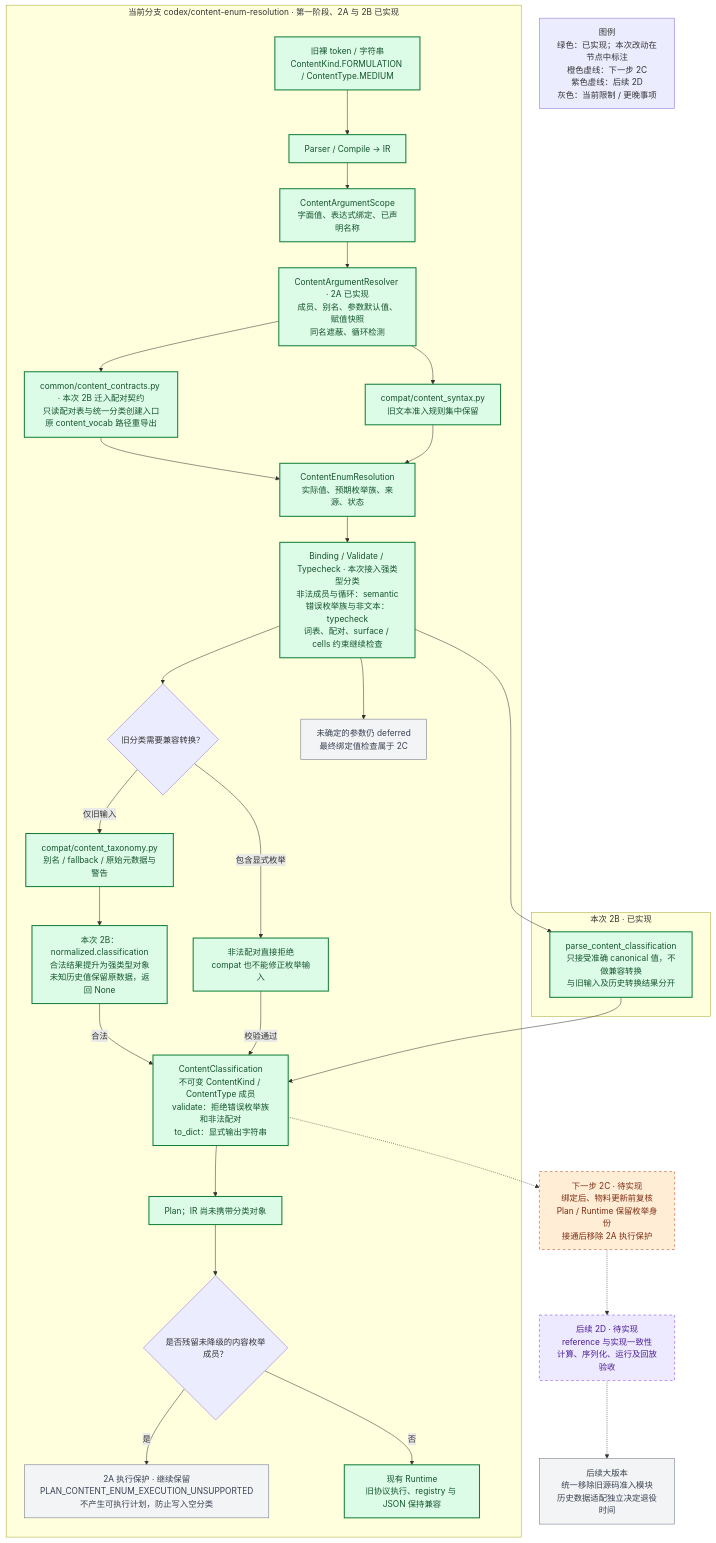
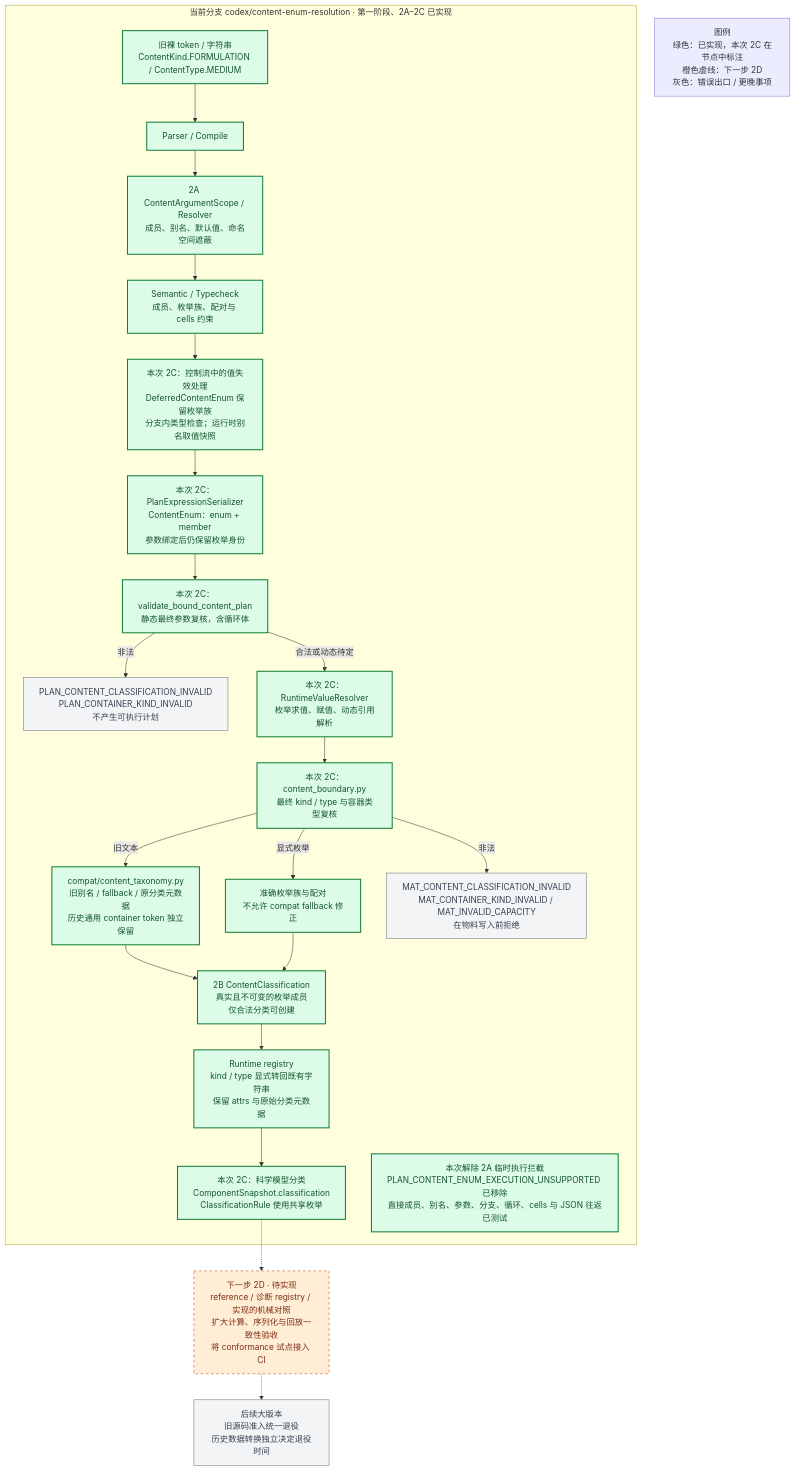
The first of 3 diagrams in docs/architecture/pipeline/validate_module_diagrams.md (culsma/culsma), drawn with Mermaid before and after one commit. The commit also changed other lines of this file and 22 other files, not shown here.

Commit message:
feat: execute content enums with bound classification checks

````diff
--- a/docs/architecture/pipeline/validate_module_diagrams.md
+++ b/docs/architecture/pipeline/validate_module_diagrams.md
@@ -5,44 +5,31 @@
 ```mermaid
 flowchart TB
-    subgraph Current["当前分支 codex/content-enum-resolution · 第一阶段、2A 与 2B 已实现"]
-        Source["旧裸 token / 字符串<br/>ContentKind.FORMULATION / ContentType.MEDIUM"] --> Compile["Parser / Compile → IR"]
-        Compile --> Scope["ContentArgumentScope<br/>字面值、表达式绑定、已声明名称"]
-        Scope --> Resolver["ContentArgumentResolver · 2A 已实现<br/>成员、别名、参数默认值、赋值快照<br/>同名遮蔽、循环检测"]
-        Resolver --> Shared["common/content_contracts.py · 本次 2B 迁入配对契约<br/>只读配对表与统一分类创建入口<br/>原 content_vocab 路径重导出"]
-        Resolver --> Legacy["compat/content_syntax.py<br/>旧文本准入规则集中保留"]
-        Shared --> Result["ContentEnumResolution<br/>实际值、预期枚举族、来源、状态"]
-        Legacy --> Result
-        Result --> Check["Binding / Validate / Typecheck · 本次接入强类型分类<br/>非法成员与循环：semantic<br/>错误枚举族与非文本：typecheck<br/>词表、配对、surface / cells 约束继续检查"]
-        Check --> Pair{"旧分类需要兼容转换？"}
-        Pair -->|仅旧输入| Normalize["compat/content_taxonomy.py<br/>别名 / fallback / 原始元数据与警告"]
-        Pair -->|包含显式枚举| Exact["非法配对直接拒绝<br/>compat 也不能修正枚举输入"]
-        Normalize --> Promotion["本次 2B：normalized.classification<br/>合法结果提升为强类型对象<br/>未知历史值保留原数据，返回 None"]
-        Promotion -->|合法| Classification
-        Exact -->|校验通过| Classification
-        Classification --> Plan["Plan；IR 尚未携带分类对象"]
-        Plan --> Guard{"是否残留未降级的内容枚举成员？"}
-        Guard -->|是| Stop["2A 执行保护 · 继续保留<br/>PLAN_CONTENT_ENUM_EXECUTION_UNSUPPORTED<br/>不产生可执行计划，防止写入空分类"]
-        Guard -->|否| Runtime["现有 Runtime<br/>旧协议执行、registry 与 JSON 保持兼容"]
-        Check --> Deferred["未确定的参数仍 deferred<br/>最终绑定值检查属于 2C"]
+    subgraph Current["当前分支 codex/content-enum-resolution · 第一阶段、2A–2C 已实现"]
+        Source["旧裸 token / 字符串<br/>ContentKind.FORMULATION / ContentType.MEDIUM"] --> Frontend["Parser / Compile"]
+        Frontend --> Resolver["2A ContentArgumentScope / Resolver<br/>成员、别名、默认值、命名空间遮蔽"]
+        Resolver --> Validate["Semantic / Typecheck<br/>成员、枚举族、配对与 cells 约束"]
+        Validate --> Flow["本次 2C：控制流中的值失效处理<br/>DeferredContentEnum 保留枚举族<br/>分支内类型检查；运行时别名取值快照"]
+        Flow --> Serialize["本次 2C：PlanExpressionSerializer<br/>ContentEnum：enum + member<br/>参数绑定后仍保留枚举身份"]
+        Serialize --> Bound["本次 2C：validate_bound_content_plan<br/>静态最终参数复核，含循环体"]
+        Bound -->|非法| PlanReject["PLAN_CONTENT_CLASSIFICATION_INVALID<br/>PLAN_CONTAINER_KIND_INVALID<br/>不产生可执行计划"]
+        Bound -->|合法或动态待定| Execute["本次 2C：RuntimeValueResolver<br/>枚举求值、赋值、动态引用解析"]
+        Execute --> Boundary["本次 2C：content_boundary.py<br/>最终 kind / type 与容器类型复核"]
+        Boundary -->|旧文本| Legacy["compat/content_taxonomy.py<br/>旧别名 / fallback / 原分类元数据<br/>历史通用 container token 独立保留"]
+        Boundary -->|显式枚举| Strict["准确枚举族与配对<br/>不允许 compat fallback 修正"]
+        Legacy --> Classification["2B ContentClassification<br/>真实且不可变的枚举成员<br/>仅合法分类可创建"]
+        Strict --> Classification
+        Boundary -->|非法| RuntimeReject["MAT_CONTENT_CLASSIFICATION_INVALID<br/>MAT_CONTAINER_KIND_INVALID / MAT_INVALID_CAPACITY<br/>在物料写入前拒绝"]
+        Classification --> Store["Runtime registry<br/>kind / type 显式转回既有字符串<br/>保留 attrs 与原始分类元数据"]
+        Store --> Science["本次 2C：科学模型分类<br/>ComponentSnapshot.classification<br/>ClassificationRule 使用共享枚举"]
+        Note["本次解除 2A 临时执行拦截<br/>PLAN_CONTENT_ENUM_EXECUTION_UNSUPPORTED 已移除<br/>直接成员、别名、参数、分支、循环、cells 与 JSON 往返已测试"]
     end
-
-    subgraph ClassificationContract["本次 2B · 已实现"]
-        Classification["ContentClassification<br/>不可变 ContentKind / ContentType 成员<br/>validate：拒绝错误枚举族和非法配对<br/>to_dict：显式输出字符串"]
-        PairContract["parse_content_classification<br/>只接受准确 canonical 值，不做兼容转换<br/>与旧输入及历史转换结果分开"]
-        PairContract --> Classification
-    end
-    Check --> PairContract
-    Classification -.-> Boundary["下一步 2C · 待实现<br/>绑定后、物料更新前复核<br/>Plan / Runtime 保留枚举身份<br/>接通后移除 2A 执行保护"]
-    Boundary -.-> Conformance["后续 2D · 待实现<br/>reference 与实现一致性<br/>计算、序列化、运行及回放验收"]
-    Conformance -.-> Retirement["后续大版本<br/>统一移除旧源码准入模块<br/>历史数据适配独立决定退役时间"]
-    Legend["图例<br/>绿色：已实现；本次改动在节点中标注<br/>橙色虚线：下一步 2C<br/>紫色虚线：后续 2D<br/>灰色：当前限制 / 更晚事项"]
+    Science -.-> Next["下一步 2D · 待实现<br/>reference / 诊断 registry / 实现的机械对照<br/>扩大计算、序列化与回放一致性验收<br/>将 conformance 试点接入 CI"]
+    Next -.-> Major["后续大版本<br/>旧源码准入统一退役<br/>历史数据转换独立决定退役时间"]
+    Legend["图例<br/>绿色：已实现，本次 2C 在节点中标注<br/>橙色虚线：下一步 2D<br/>灰色：错误出口 / 更晚事项"]
     classDef current fill:#dcfce7,stroke:#15803d,color:#14532d,stroke-width:2px;
     classDef next fill:#ffedd5,stroke:#c2410c,color:#7c2d12,stroke-dasharray:5 5;
-    classDef later fill:#ede9fe,stroke:#7c3aed,color:#4c1d95,stroke-dasharray:5 5;
     classDef limit fill:#f3f4f6,stroke:#6b7280,color:#374151;
-    class Source,Compile,Scope,Resolver,Shared,Legacy,Result,Check,Normalize,Exact,Plan,Runtime current;
-    class Classification,PairContract,Promotion current;
-    class Boundary next;
-    class Conformance later;
-    class Stop,Deferred,Retirement limit;
+    class Source,Frontend,Resolver,Validate,Flow,Serialize,Bound,Execute,Boundary,Legacy,Strict,Classification,Store,Science,Note current;
+    class Next next;
+    class PlanReject,RuntimeReject,Major limit;
 ```
````
